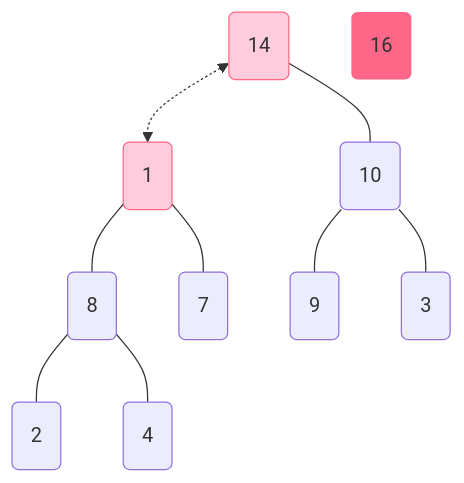
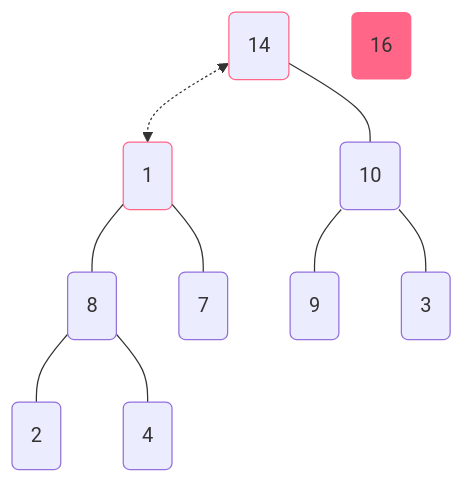
One commit to KrLite/BrokenThoughts changed the fourth of 7 diagrams in docs/notebook/algorithms/sort/heap_sort.md. Above: the diagram before and after it, drawn with Mermaid. The commit also changed other lines of this file and 1 other file, not shown here.

Commit message:
enable mermaid super fences

````diff
--- a/docs/notebook/algorithms/sort/heap_sort.md
+++ b/docs/notebook/algorithms/sort/heap_sort.md
@@ -162,24 +162,24 @@
 ```mermaid
 graph TD
 	1(1)
 	2(2)
 	3(3)
 	4(4)
 	7(7)
 	8(8)
 	9(9)
 	10(10)
 	14(14)
 	16(16)
 	14 <-.-> 1
 	14 --- 10
 	1 --- 8
 	1 --- 7
 	10 --- 9
 	10 --- 3
 	8 --- 2
 	8 --- 4
-	style 1 fill:#fcd,stroke:#f68
-	style 14 fill:#fcd,stroke:#f68
+	style 1 stroke:#f68
+	style 14 stroke:#f68
 	style 16 fill:#f68,stroke-width:0px
 ```
````
